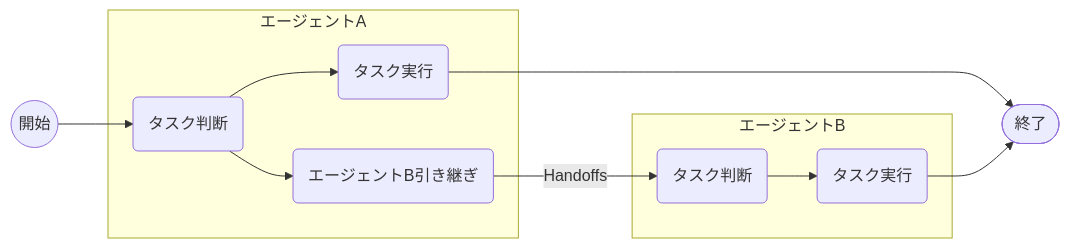
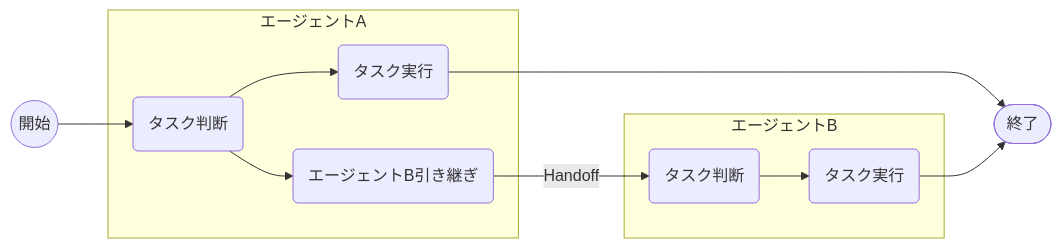
One commit to mamezou-tech/mamezou-tech-site changed the first of 3 diagrams in src/posts/blogs/2024/1204_openai-swarm-multi-agent-intro.md. Above: the diagram before and after it, drawn with Mermaid. The commit also changed other lines of this file, not shown here.

First line of the commit message:
Rename "Handoffs" to "Handoff" throughout documentation

````diff
--- a/src/posts/blogs/2024/1204_openai-swarm-multi-agent-intro.md
+++ b/src/posts/blogs/2024/1204_openai-swarm-multi-agent-intro.md
@@ -80,14 +80,14 @@
 ```mermaid
 flowchart LR
     Start@{ shape: circle, label: "開始" } --> ThinkA
     subgraph エージェントA
         ThinkA(タスク判断) --> TaskA(タスク実行)    
-        ThinkA --> Handoffs(エージェントB引き継ぎ)
+        ThinkA --> Handoff(エージェントB引き継ぎ)
     end
     subgraph エージェントB
         ThinkB(タスク判断) --> TaskB(タスク実行)
     end
-    Handoffs -->|Handoffs| ThinkB
+    Handoff -->|Handoff| ThinkB
     TaskA --> End@{ shape: stadium, label: "終了"}
     TaskB --> End
 ```
````
